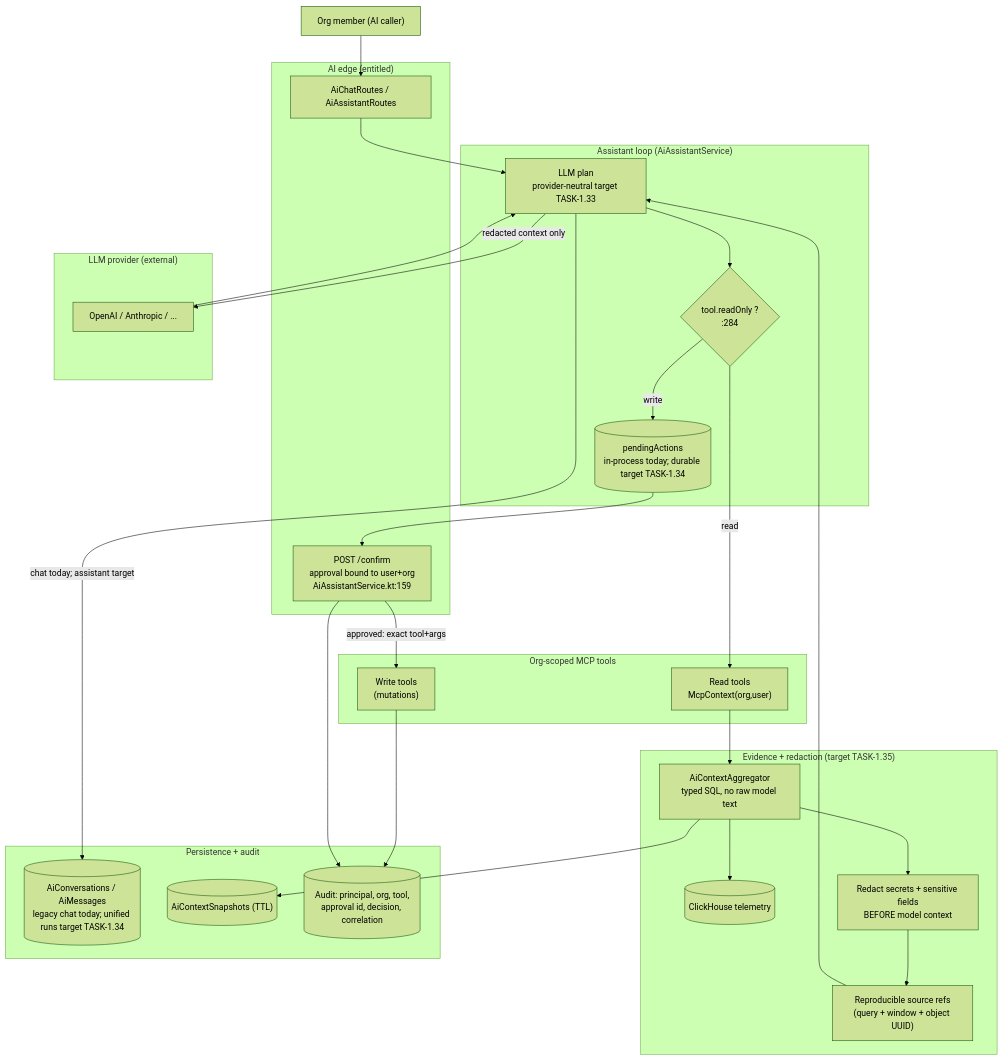
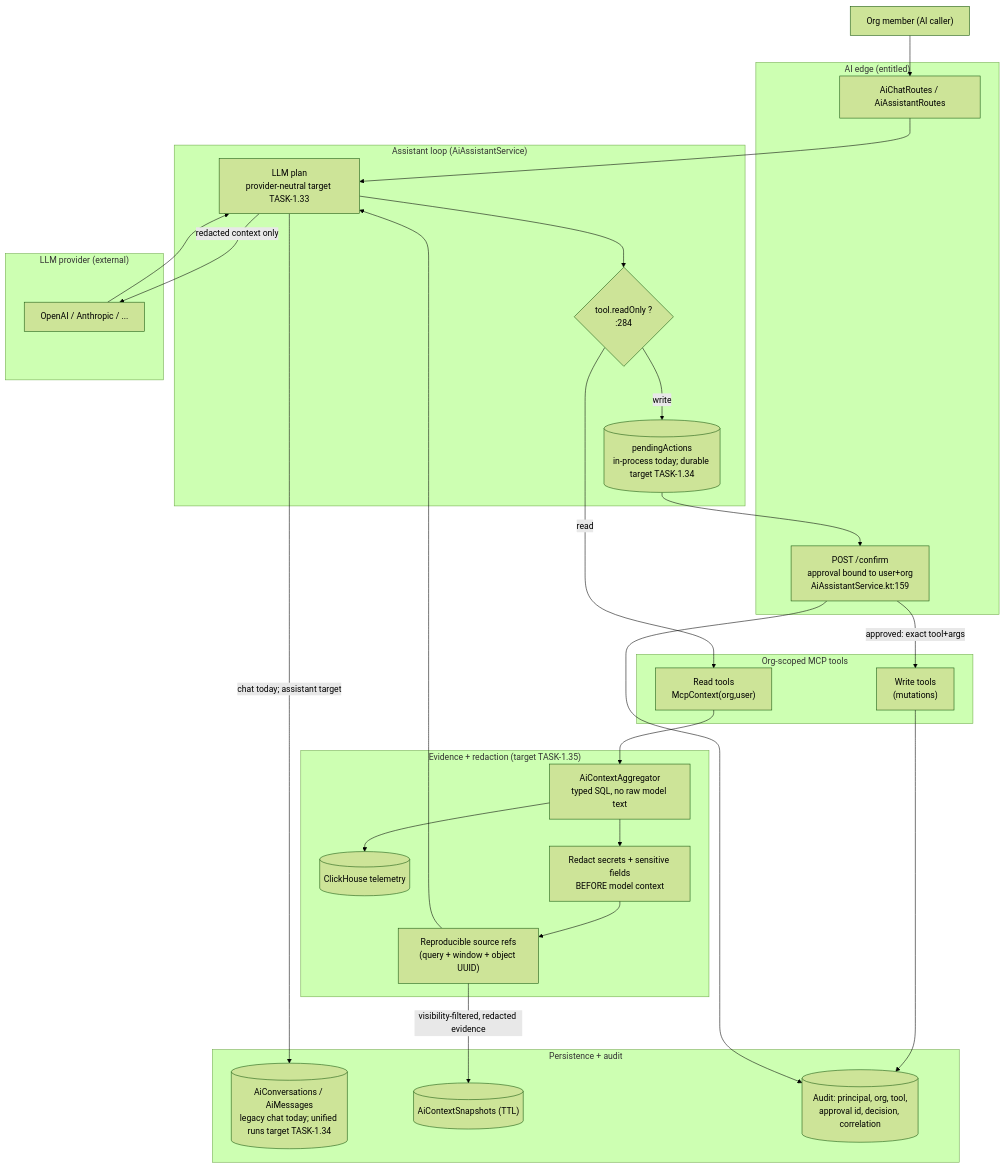
One commit to moneat-io/moneat changed the third of 4 diagrams in docs/security/incident-response-threat-model.md. Above: the diagram before and after it, drawn with Mermaid (forest theme). The commit also changed other lines of this file, not shown here.

````diff
--- a/docs/security/incident-response-threat-model.md
+++ b/docs/security/incident-response-threat-model.md
@@ -258,49 +259,49 @@
 ```mermaid
 flowchart TB
     user["Org member (AI caller)"]
 
     subgraph aiedge["AI edge (entitled)"]
         chat["AiChatRoutes / AiAssistantRoutes"]
         confirm["POST /confirm<br/>approval bound to user+org<br/>AiAssistantService.kt:159"]
     end
 
     subgraph loop["Assistant loop (AiAssistantService)"]
         plan["LLM plan<br/>provider-neutral target TASK-1.33"]
         gate{"tool.readOnly ?<br/>:284"}
         pending[("pendingActions<br/>in-process today; durable target TASK-1.34")]
     end
 
     subgraph tools["Org-scoped MCP tools"]
         rtool["Read tools<br/>McpContext(org,user)"]
         wtool["Write tools<br/>(mutations)"]
     end
 
     subgraph evidence["Evidence + redaction (target TASK-1.35)"]
         aggr["AiContextAggregator<br/>typed SQL, no raw model text"]
         ch[("ClickHouse telemetry")]
         redact["Redact secrets + sensitive fields<br/>BEFORE model context"]
         refs["Reproducible source refs<br/>(query + window + object UUID)"]
     end
 
     subgraph prov["LLM provider (external)"]
         llm["OpenAI / Anthropic / ..."]
     end
 
     subgraph persist["Persistence + audit"]
         conv[("AiConversations / AiMessages<br/>legacy chat today; unified runs target TASK-1.34")]
         snap[("AiContextSnapshots (TTL)")]
         audit[("Audit: principal, org, tool,<br/>approval id, decision, correlation")]
     end
 
     user --> chat --> plan
     plan --> gate
     gate -- read --> rtool --> aggr --> ch
     aggr --> redact --> refs --> plan
     gate -- write --> pending --> confirm
     confirm -->|approved: exact tool+args| wtool
     plan -->|redacted context only| llm --> plan
     plan -->|chat today; assistant target| conv
-    aggr --> snap
+    refs -->|visibility-filtered, redacted evidence| snap
     wtool --> audit
     confirm --> audit
 ```
````
